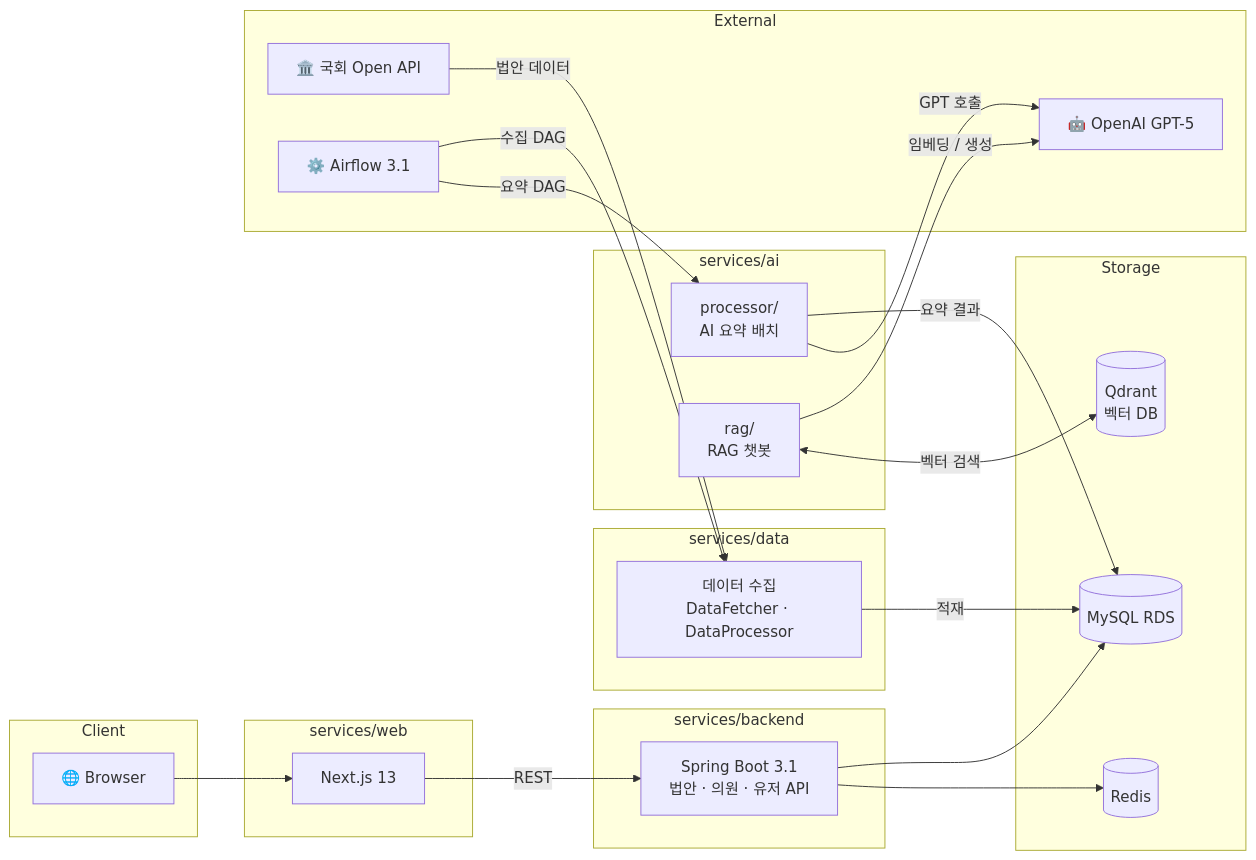
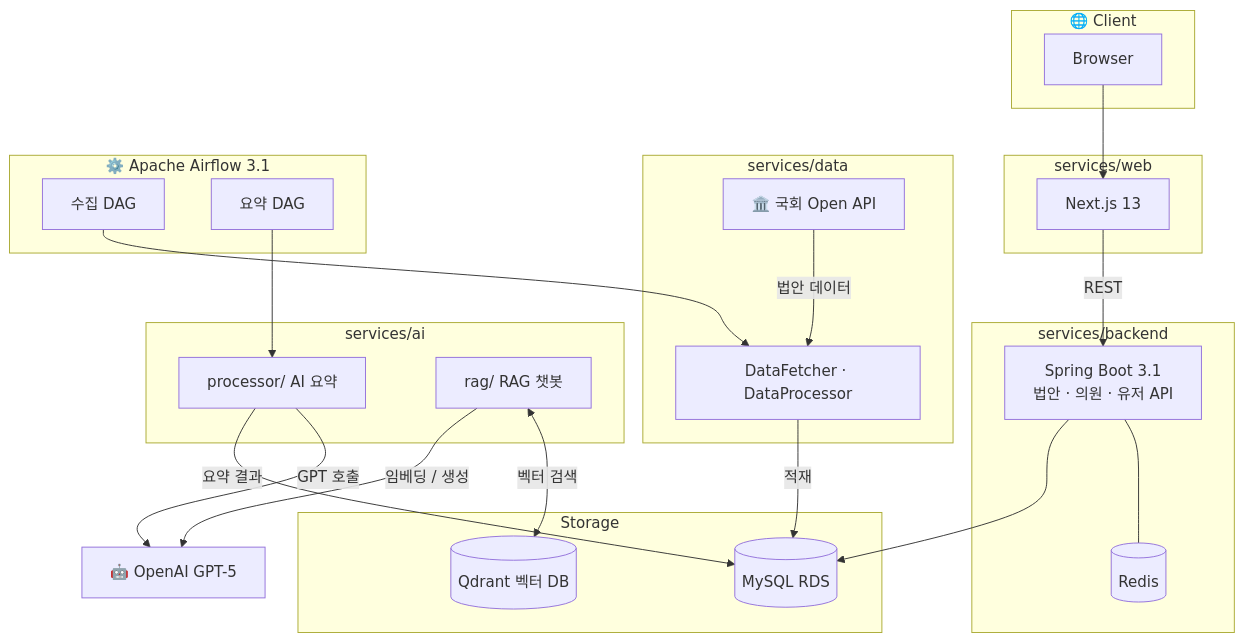
The diagram in README.md (LawDigest/LawDigest), drawn with Mermaid before and after one commit.

Commit message:
docs: 아키텍처 다이어그램 TB 레이아웃으로 변경 - 선 교차 제거

````diff
--- a/README.md
+++ b/README.md
@@ -68,51 +68,52 @@
 ```mermaid
-graph LR
-    subgraph CLIENT["Client"]
-        Browser["🌐 Browser"]
+graph TB
+    subgraph CLIENT["🌐 Client"]
+        Browser["Browser"]
     end
 
     subgraph FRONTEND["services/web"]
         Web["Next.js 13"]
     end
 
     subgraph BACKEND["services/backend"]
         API["Spring Boot 3.1\n법안 · 의원 · 유저 API"]
+        Redis[("Redis")]
     end
 
-    subgraph STORAGE["Storage"]
+    subgraph DB_LAYER["Storage"]
         DB[("MySQL RDS")]
-        Redis[("Redis")]
-        Qdrant[("Qdrant\n벡터 DB")]
+        Qdrant[("Qdrant 벡터 DB")]
     end
 
     subgraph PIPELINE["services/data"]
-        Data["데이터 수집\nDataFetcher · DataProcessor"]
+        OpenAPI["🏛️ 국회 Open API"]
+        Data["DataFetcher · DataProcessor"]
+        OpenAPI -->|"법안 데이터"| Data
     end
 
     subgraph AI_SERVICE["services/ai"]
-        Processor["processor/\nAI 요약 배치"]
-        RAG["rag/\nRAG 챗봇"]
+        Processor["processor/  AI 요약"]
+        RAG["rag/  RAG 챗봇"]
     end
 
-    subgraph EXTERNAL["External"]
-        OpenAPI["🏛️ 국회 Open API"]
-        OpenAI["🤖 OpenAI GPT-5"]
-        Airflow["⚙️ Airflow 3.1"]
+    subgraph ORCHESTRATION["⚙️ Apache Airflow 3.1"]
+        DAG_DATA["수집 DAG"]
+        DAG_AI["요약 DAG"]
     end
+
+    OpenAI["🤖 OpenAI GPT-5"]
 
     Browser --> Web
     Web -->|"REST"| API
     API --> DB
-    API --> Redis
+    API --- Redis
 
-    Airflow -->|"수집 DAG"| Data
-    Airflow -->|"요약 DAG"| Processor
+    DAG_DATA --> Data
+    DAG_AI --> Processor
 
-    OpenAPI -->|"법안 데이터"| Data
     Data -->|"적재"| DB
-
     Processor -->|"요약 결과"| DB
     Processor -->|"GPT 호출"| OpenAI
     RAG -->|"임베딩 / 생성"| OpenAI
     RAG <-->|"벡터 검색"| Qdrant
 ```
````
